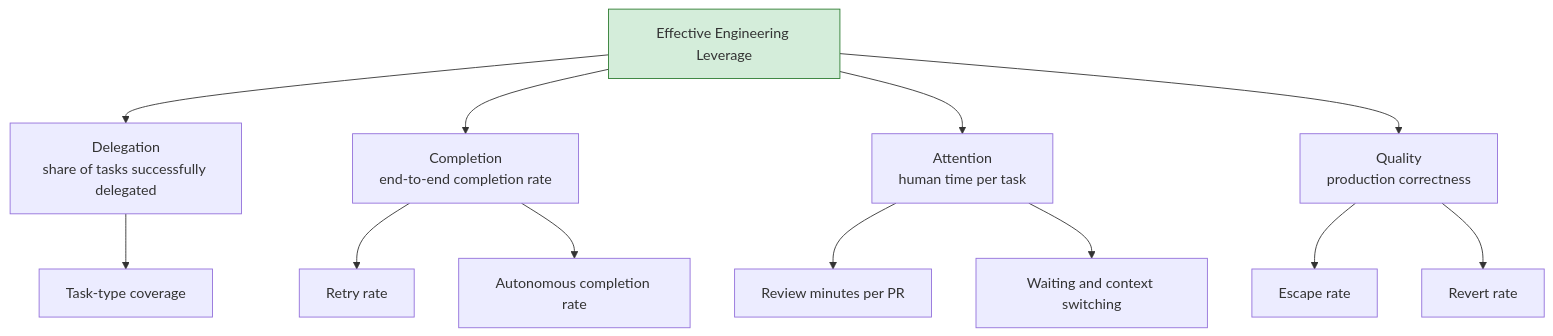
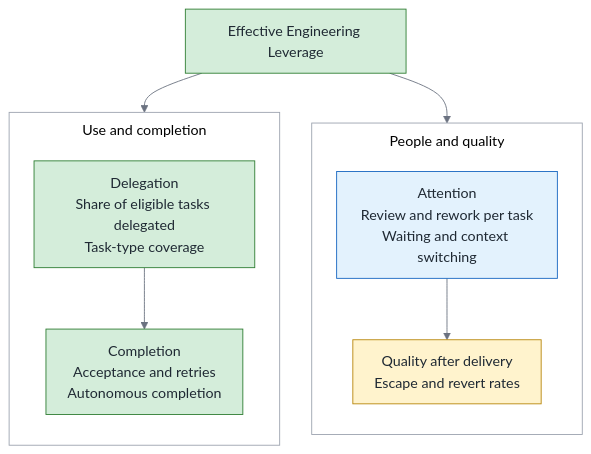
One commit to fantasybz/medium-articles changed the second of 3 diagrams in 2026-11-agentic-eval-economics/article.en.md. Above: the diagram before and after it, drawn with Mermaid. The commit also changed other lines of this file and 69 other files, not shown here.

````diff
--- a/2026-11-agentic-eval-economics/article.en.md
+++ b/2026-11-agentic-eval-economics/article.en.md
@@ -149,15 +149,44 @@
 ```mermaid
-flowchart TD
-    NS["Effective Engineering Leverage"] --> A["Delegation<br/>share of tasks successfully delegated"]
-    NS --> B["Completion<br/>end-to-end completion rate"]
-    NS --> C["Attention<br/>human time per task"]
-    NS --> D["Quality<br/>production correctness"]
-    A --> A1["Task-type coverage"]
-    B --> B1["Retry rate"]
-    B --> B2["Autonomous completion rate"]
-    C --> C1["Review minutes per PR"]
-    C --> C2["Waiting and context switching"]
-    D --> D1["Escape rate"]
-    D --> D2["Revert rate"]
-    style NS fill:#d4edda,stroke:#2e7d32
+---
+config:
+  theme: base
+  themeVariables:
+    fontSize: 16px
+    primaryColor: "#f8f9fa"
+    primaryTextColor: "#1f2933"
+    primaryBorderColor: "#6b7280"
+    lineColor: "#6b7280"
+    secondaryColor: "#f8f9fa"
+    tertiaryColor: "#ffffff"
+    clusterBkg: "#ffffff"
+    clusterBorder: "#9ca3af"
+    edgeLabelBackground: "#ffffff"
+  flowchart:
+    nodeSpacing: 36
+    rankSpacing: 44
+    padding: 12
+    htmlLabels: true
+    subGraphTitleMargin:
+      top: 8
+      bottom: 12
+    curve: basis
+---
+flowchart TB
+    classDef own fill:#d4edda,stroke:#2e7d32,color:#1f2933
+    classDef buy fill:#fff3cd,stroke:#b8860b,color:#1f2933
+    classDef bad fill:#ffe0e0,stroke:#c0392b,color:#1f2933
+    classDef human fill:#e3f2fd,stroke:#1565c0,color:#1f2933
+    NS["Effective Engineering Leverage"] --> delivery
+    NS --> outcomes
+    subgraph delivery["Use and completion"]
+      direction TB
+      A["Delegation<br/>Share of eligible tasks delegated<br/>Task-type coverage"] --> B["Completion<br/>Acceptance and retries<br/>Autonomous completion"]
+    end
+    subgraph outcomes["People and quality"]
+      direction TB
+      C["Attention<br/>Review and rework per task<br/>Waiting and context switching"] --> D["Quality after delivery<br/>Escape and revert rates"]
+    end
+    class NS,A,B own
+    class C human
+    class D buy
 ```
````
